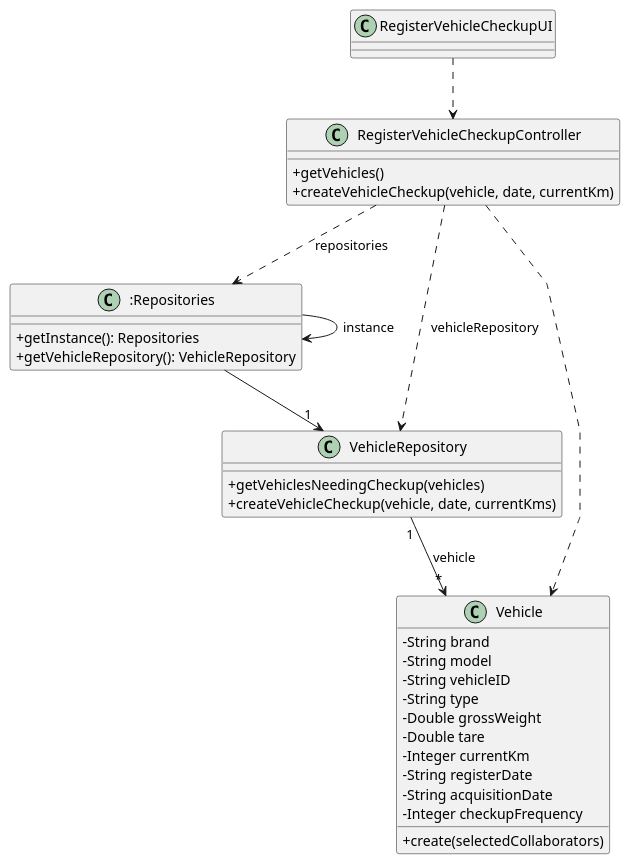
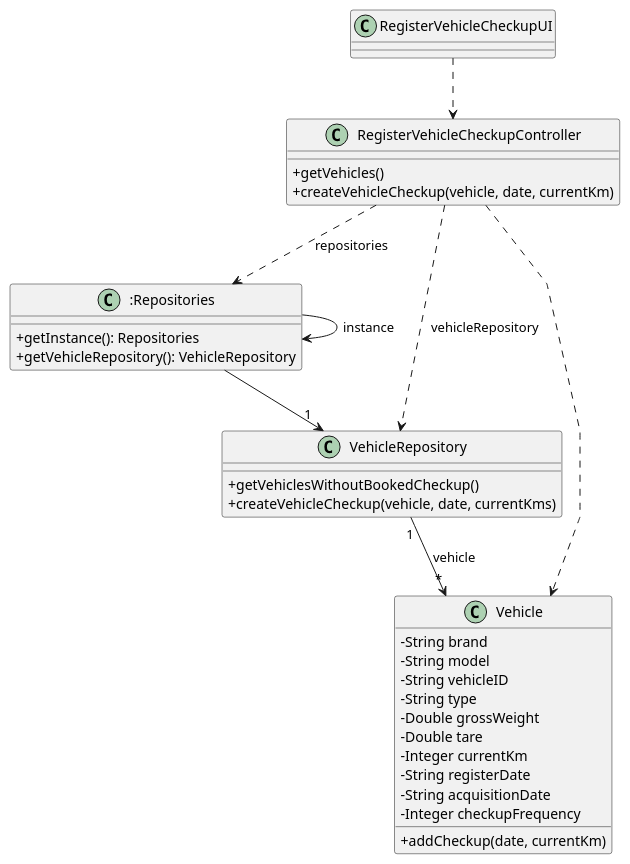
The diagram in docs/sprintB/us007/03.design/puml/us007-class-diagram.puml (Departamento-de-Engenharia-Informatica/lei-24-s2-1do-g164), drawn with PlantUML before and after one commit. The commit also changed 14 other files, not shown here.

Commit message:
us007(docs): changes in sd and class diagram

```diff
--- a/docs/sprintB/us007/03.design/puml/us007-class-diagram.puml
+++ b/docs/sprintB/us007/03.design/puml/us007-class-diagram.puml
@@ -2,64 +2,64 @@
  @startuml
 'skinparam monochrome true
 skinparam packageStyle rectangle
 skinparam shadowing false
 skinparam linetype polyline
 'skinparam linetype orto
 
 skinparam classAttributeIconSize 0
 
 'left to right direction
 
 
 class "RegisterVehicleCheckupUI" as RegisterVehicleCheckupUI {
 
 
 }
 
 
 class "RegisterVehicleCheckupController" as RegisterVehicleCheckupController {
 +getVehicles()
     +createVehicleCheckup(vehicle, date, currentKm)
 
 }
 
 
 
 class ":Repositories" as Repositories {
     +getInstance(): Repositories
     +getVehicleRepository(): VehicleRepository
 
 }
 
 class "VehicleRepository" as VehicleRepository {
-    +getVehiclesNeedingCheckup(vehicles)
+    +getVehiclesWithoutBookedCheckup()
     +createVehicleCheckup(vehicle, date, currentKms)
 
 }
 
 
 class "Vehicle" as Vehicle {
       - String brand
         - String model
         - String vehicleID
         - String type
         - Double grossWeight
         - Double tare
         - Integer currentKm
         - String registerDate
         - String acquisitionDate
         - Integer checkupFrequency
 
-    +create(selectedCollaborators)
+    +addCheckup(date, currentKm)
 
 }
 RegisterVehicleCheckupUI..> RegisterVehicleCheckupController
 Repositories -> Repositories : instance
 RegisterVehicleCheckupController ..> Repositories: repositories
 Repositories --> "1"VehicleRepository
 RegisterVehicleCheckupController ..> VehicleRepository: vehicleRepository
 RegisterVehicleCheckupController ..> Vehicle
 
 VehicleRepository"1"--> "*"Vehicle: vehicle
 
 @enduml
```
